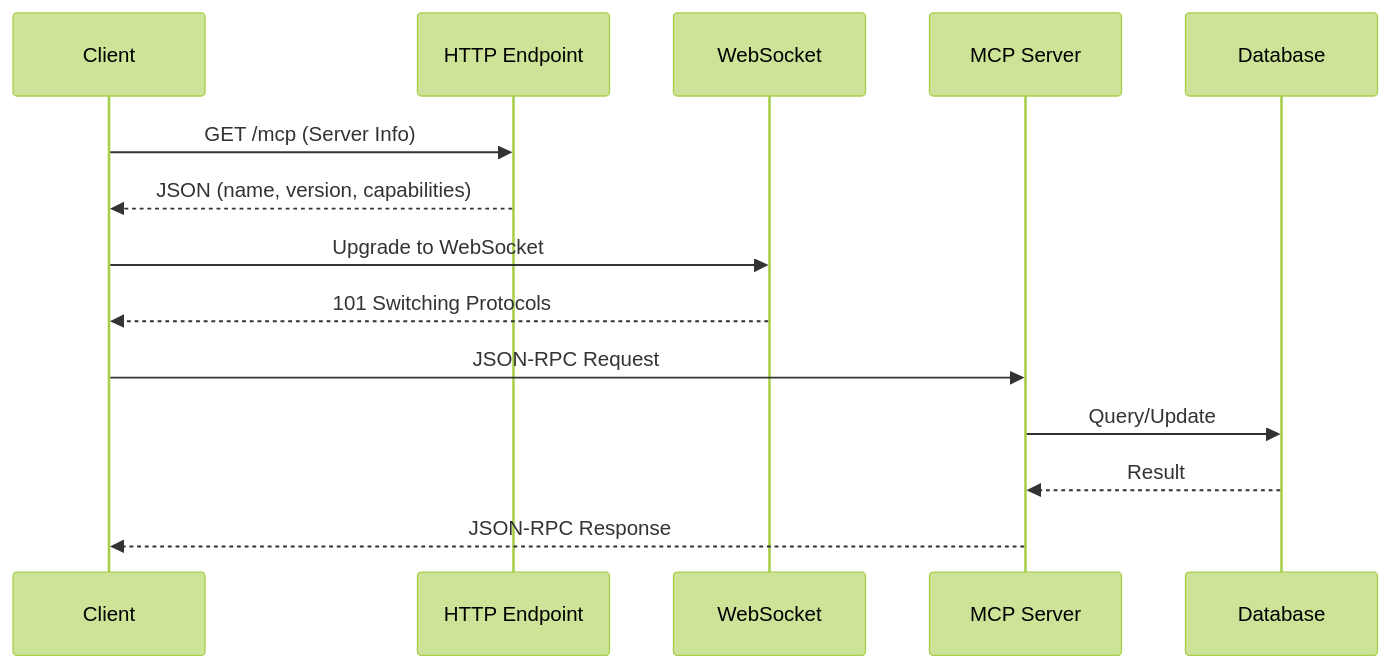
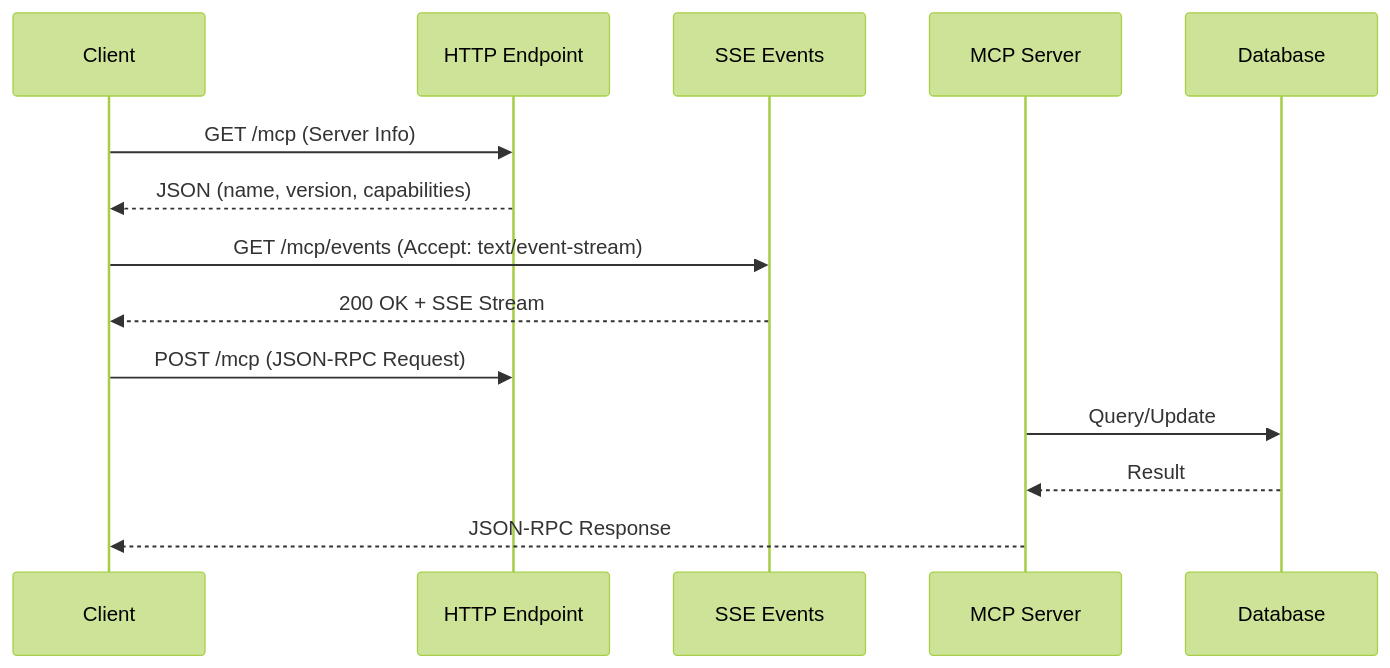
The diagram in docs/reference/mcp-troubleshooting.md (spiralhouse/cycletime), drawn with Mermaid (forest theme) before and after one commit. The commit also changed other lines of this file and 14 other files, not shown here.

First line of the commit message:
docs: update all documentation from WebSocket to SSE transport (SPI-665)

````diff
--- a/docs/reference/mcp-troubleshooting.md
+++ b/docs/reference/mcp-troubleshooting.md
@@ -30,19 +30,19 @@
 ```mermaid
 sequenceDiagram
     participant Client
     participant HTTP as HTTP Endpoint
-    participant WS as WebSocket
+    participant SSE as SSE Events
     participant MCP as MCP Server
     participant DB as Database
 
     Client->>HTTP: GET /mcp (Server Info)
     HTTP-->>Client: JSON (name, version, capabilities)
 
-    Client->>WS: Upgrade to WebSocket
-    WS-->>Client: 101 Switching Protocols
+    Client->>SSE: GET /mcp/events (Accept: text/event-stream)
+    SSE-->>Client: 200 OK + SSE Stream
 
-    Client->>MCP: JSON-RPC Request
+    Client->>HTTP: POST /mcp (JSON-RPC Request)
     MCP->>DB: Query/Update
     DB-->>MCP: Result
     MCP-->>Client: JSON-RPC Response
 ```
````
